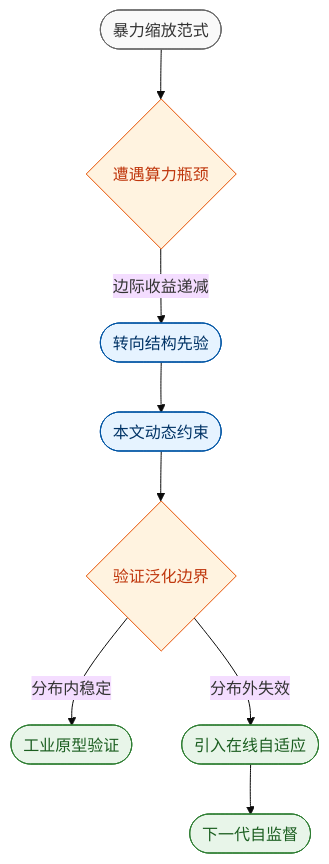
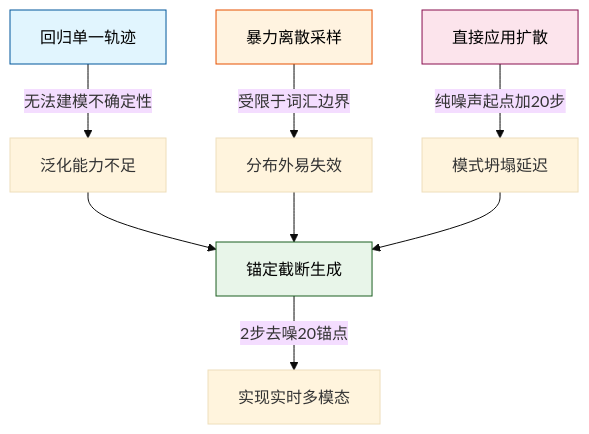
One commit to ShinewineW/paper-rolling changed the tenth of 10 diagrams in person_vault/2026-06-08_DiffusionDrive_2411.15139/report.md. Above: the diagram before and after it, drawn with Mermaid (base theme). The commit also changed other lines of this file and 51 other files, not shown here.

````diff
--- a/person_vault/2026-06-08_DiffusionDrive_2411.15139/report.md
+++ b/person_vault/2026-06-08_DiffusionDrive_2411.15139/report.md
@@ -475,20 +633,14 @@
 ```mermaid
 flowchart TD
-    classDef legacy fill:#f9f9f9,stroke:#666,color:#333;
-    classDef pivot fill:#e6f3ff,stroke:#0055a4,color:#003366;
-    classDef future fill:#e8f5e9,stroke:#2e7d32,color:#1b5e20;
-    classDef gate fill:#fff3e0,stroke:#e65100,color:#bf360c;
+    classDef regression fill:#e1f5fe,stroke:#01579b,color:#000;
+    classDef vocab fill:#fff3e0,stroke:#e65100,color:#000;
+    classDef vanilla fill:#fce4ec,stroke:#880e4f,color:#000;
+    classDef anchored fill:#e8f5e9,stroke:#1b5e20,color:#000;
 
-    legacy_scaling(["暴力缩放范式"]) --> bottleneck_gate{遭遇算力瓶颈}
-    bottleneck_gate -->|边际收益递减| structural_prior(["转向结构先验"])
-    structural_prior --> current_position(["本文动态约束"])
-    current_position --> generalization_gate{验证泛化边界}
-    generalization_gate -->|分布内稳定| industrial_proto(["工业原型验证"])
-    generalization_gate -->|分布外失效| next_gen_adaptive(["引入在线自适应"])
-    next_gen_adaptive --> future_system(["下一代自监督"])
-
-    class legacy_scaling,bottleneck_gate legacy;
-    class structural_prior,current_position pivot;
-    class generalization_gate,industrial_proto,next_gen_adaptive,future_system future;
-    class bottleneck_gate,generalization_gate gate;
+    reg["回归单一轨迹"]:::regression -->|无法建模不确定性| gap1["泛化能力不足"]
+    vocab["暴力离散采样"]:::vocab -->|受限于词汇边界| gap2["分布外易失效"]
+    vanilla["直接应用扩散"]:::vanilla -->|纯噪声起点加20步| gap3["模式坍塌延迟"]
+    
+    gap1 & gap2 & gap3 --> anchor["锚定截断生成"]:::anchored
+    anchor -->|2步去噪20锚点| out["实现实时多模态"]
 ```
````
